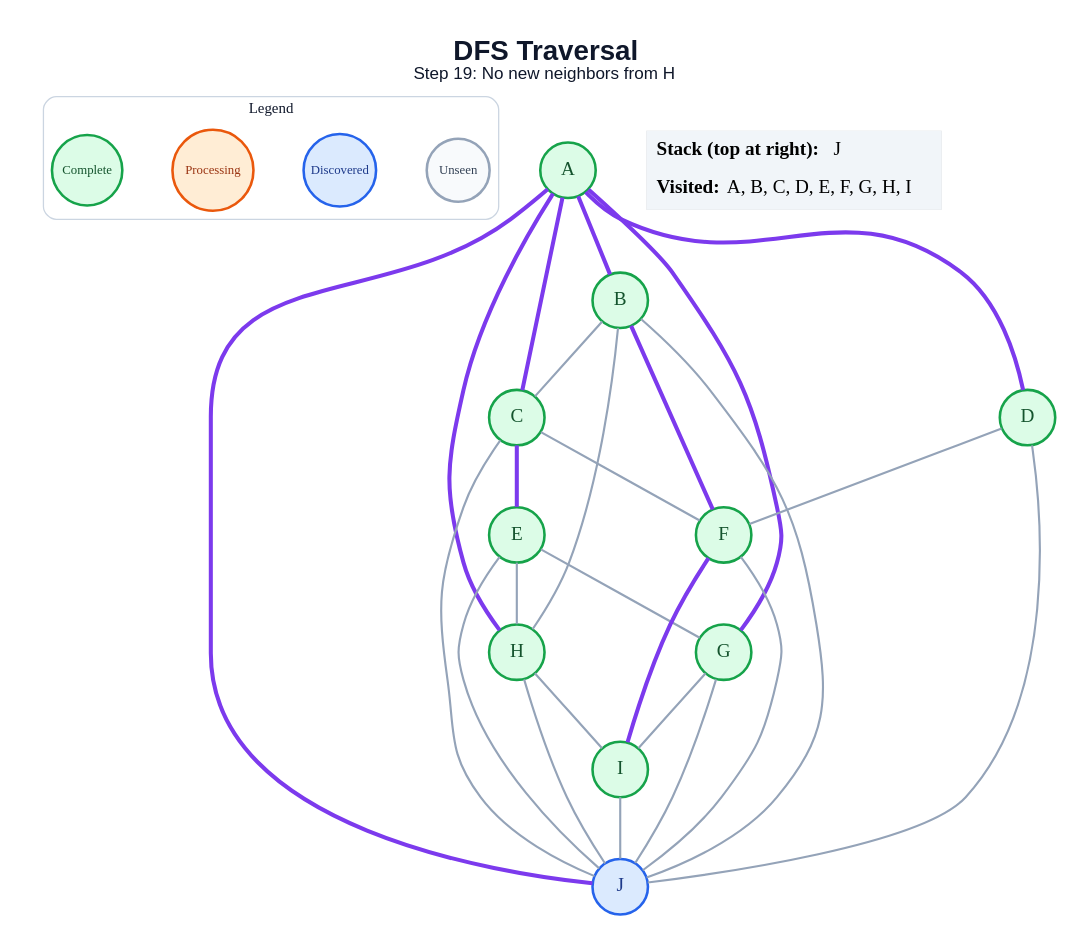
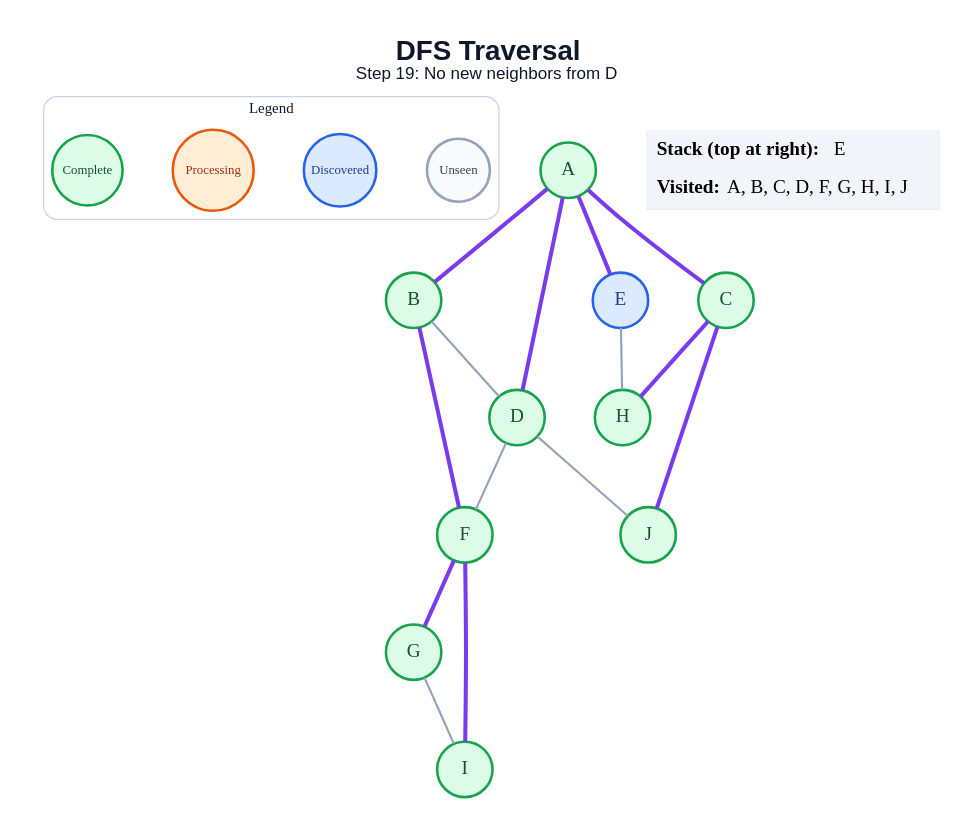
The diagram in generated/dfs/step_19.dot (anon7238593-create/ai-slop), drawn with Graphviz before and after one commit. The commit also changed 178 other files, not shown here.

```diff
--- a/generated/dfs/step_19.dot
+++ b/generated/dfs/step_19.dot
@@ -1,54 +1,43 @@
 graph traversal {
   graph [layout=dot, rankdir=TB, bgcolor="#FFFFFF", pad="0.35", nodesep="0.65", ranksep="0.8", fontname="Arial"];
   node [shape=circle, style="filled", fontname="Arial Bold", fontsize=18, width=0.72, fixedsize=true, penwidth=2.4];
   edge [color="#94A3B8", penwidth=2.0];
-  label=<<B>DFS Traversal</B><BR/><FONT POINT-SIZE="16">Step 19: No new neighbors from H</FONT>>; labelloc="t"; fontsize=26; fontname="Arial"; fontcolor="#0F172A";
+  label=<<B>DFS Traversal</B><BR/><FONT POINT-SIZE="16">Step 19: No new neighbors from D</FONT>>; labelloc="t"; fontsize=26; fontname="Arial"; fontcolor="#0F172A";
   subgraph cluster_legend { label="Legend"; color="#CBD5E1"; penwidth=1.2; style="rounded"; fontsize=14; fontname="Arial Bold";
     key_unseen [label="Unseen", fillcolor="#F8FAFC", color="#94A3B8", fontcolor="#334155", fontsize=12, width=0.82];
     key_frontier [label="Discovered", fillcolor="#DBEAFE", color="#2563EB", fontcolor="#1E3A8A", fontsize=12, width=0.95];
     key_current [label="Processing", fillcolor="#FFEDD5", color="#EA580C", fontcolor="#9A3412", fontsize=12, width=1.05];
     key_done [label="Complete", fillcolor="#DCFCE7", color="#16A34A", fontcolor="#14532D", fontsize=12, width=0.92];
     { rank=same; key_unseen; key_frontier; key_current; key_done; }
   }
   A [fillcolor="#DCFCE7", color="#16A34A", fontcolor="#14532D"];
   B [fillcolor="#DCFCE7", color="#16A34A", fontcolor="#14532D"];
   C [fillcolor="#DCFCE7", color="#16A34A", fontcolor="#14532D"];
   D [fillcolor="#DCFCE7", color="#16A34A", fontcolor="#14532D"];
-  E [fillcolor="#DCFCE7", color="#16A34A", fontcolor="#14532D"];
+  E [fillcolor="#DBEAFE", color="#2563EB", fontcolor="#1E3A8A"];
   F [fillcolor="#DCFCE7", color="#16A34A", fontcolor="#14532D"];
   G [fillcolor="#DCFCE7", color="#16A34A", fontcolor="#14532D"];
   H [fillcolor="#DCFCE7", color="#16A34A", fontcolor="#14532D"];
   I [fillcolor="#DCFCE7", color="#16A34A", fontcolor="#14532D"];
-  J [fillcolor="#DBEAFE", color="#2563EB", fontcolor="#1E3A8A"];
+  J [fillcolor="#DCFCE7", color="#16A34A", fontcolor="#14532D"];
   A -- B [color="#7C3AED", penwidth=3.8];
   A -- C [color="#7C3AED", penwidth=3.8];
   A -- D [color="#7C3AED", penwidth=3.8];
-  A -- G [color="#7C3AED", penwidth=3.8];
-  A -- H [color="#7C3AED", penwidth=3.8];
-  A -- J [color="#7C3AED", penwidth=3.8];
-  B -- C;
+  A -- E [color="#7C3AED", penwidth=3.8];
+  B -- D;
   B -- F [color="#7C3AED", penwidth=3.8];
-  B -- H;
-  B -- J;
-  C -- E [color="#7C3AED", penwidth=3.8];
-  C -- F;
-  C -- J;
+  C -- H [color="#7C3AED", penwidth=3.8];
+  C -- J [color="#7C3AED", penwidth=3.8];
   D -- F;
   D -- J;
-  E -- G;
   E -- H;
-  E -- J;
+  F -- G [color="#7C3AED", penwidth=3.8];
   F -- I [color="#7C3AED", penwidth=3.8];
-  F -- J;
   G -- I;
-  G -- J;
-  H -- I;
-  H -- J;
-  I -- J;
   status [shape=plain, fixedsize=false, width=0, height=0, margin=0, label=<
     <TABLE BORDER="0" CELLBORDER="0" CELLPADDING="7" BGCOLOR="#F1F5F9">
-      <TR><TD ALIGN="LEFT"><B>Stack (top at right):</B> J</TD></TR>
-      <TR><TD ALIGN="LEFT"><B>Visited:</B> A, B, C, D, E, F, G, H, I</TD></TR>
+      <TR><TD ALIGN="LEFT"><B>Stack (top at right):</B> E</TD></TR>
+      <TR><TD ALIGN="LEFT"><B>Visited:</B> A, B, C, D, F, G, H, I, J</TD></TR>
     </TABLE>
   >];
 }
```
